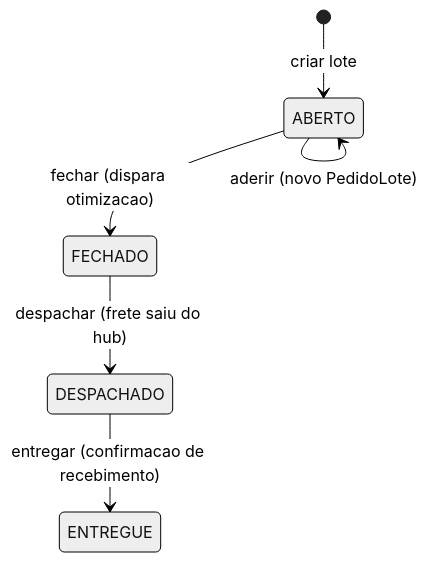
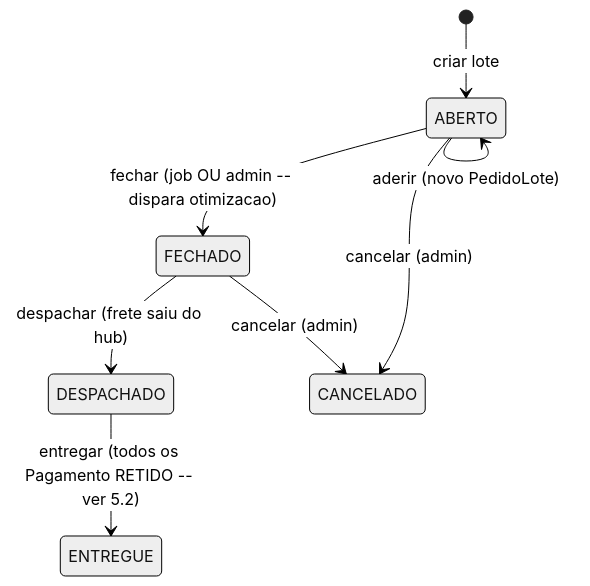
The third of 4 diagrams in docs/design-backend.md (joaolmpv/compras-coletivas-amazonia), drawn with Mermaid (neutral theme) before and after one commit. The commit also changed other lines of this file, not shown here.

````diff
--- a/docs/design-backend.md
+++ b/docs/design-backend.md
@@ -443,8 +534,10 @@
 ```mermaid
 stateDiagram-v2
     [*] --> ABERTO: criar lote
-    ABERTO --> FECHADO: fechar (dispara otimizacao)
+    ABERTO --> FECHADO: fechar (job OU admin -- dispara otimizacao)
     FECHADO --> DESPACHADO: despachar (frete saiu do hub)
-    DESPACHADO --> ENTREGUE: entregar (confirmacao de recebimento)
+    DESPACHADO --> ENTREGUE: entregar (todos os Pagamento RETIDO -- ver 5.2)
+    ABERTO --> CANCELADO: cancelar (admin)
+    FECHADO --> CANCELADO: cancelar (admin)
     ABERTO --> ABERTO: aderir (novo PedidoLote)
 ```
````
